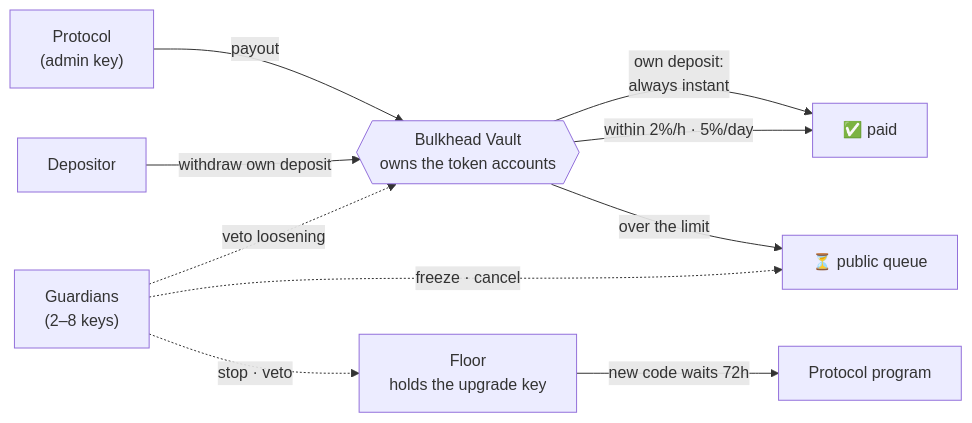
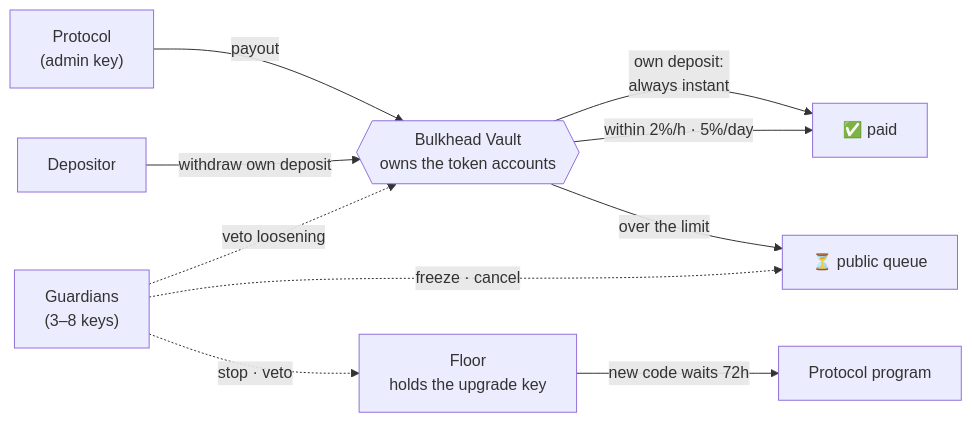
The diagram in README.md (shuv-amp/bulkhead), drawn with Mermaid before and after one commit. The commit also changed other lines of this file and 26 other files, not shown here.

````diff
--- a/README.md
+++ b/README.md
@@ -74,12 +74,12 @@
 ```mermaid
 flowchart LR
     P["Protocol<br/>(admin key)"] -->|payout| V{{"Bulkhead Vault<br/>owns the token accounts"}}
     U["Depositor"] -->|"withdraw own deposit"| V
     V -->|"own deposit:<br/>always instant"| OK["✅ paid"]
     V -->|"within 2%/h · 5%/day"| OK
     V -->|"over the limit"| Q["⏳ public queue"]
-    G["Guardians<br/>(2–8 keys)"] -.->|"freeze · cancel"| Q
+    G["Guardians<br/>(3–8 keys)"] -.->|"freeze · cancel"| Q
     G -.->|"veto loosening"| V
     F["Floor<br/>holds the upgrade key"] -->|"new code waits 72h"| PR["Protocol program"]
     G -.->|"stop · veto"| F
 ```
````
